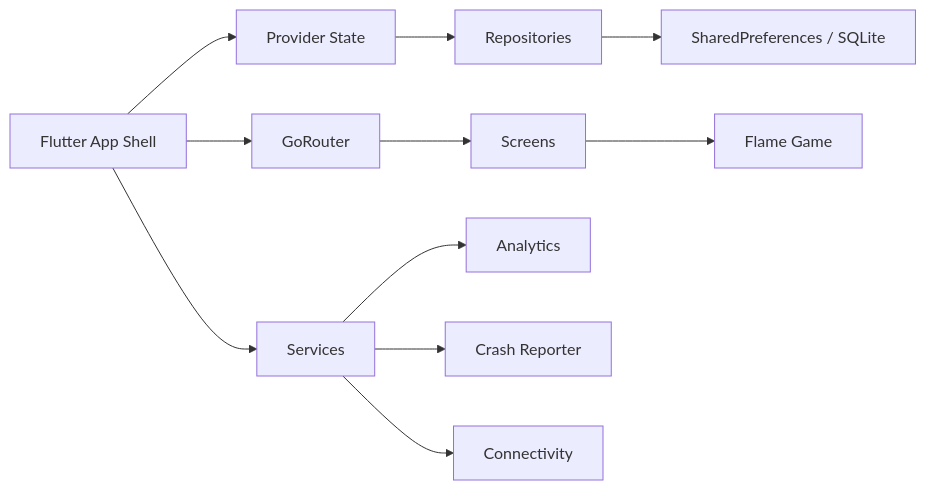
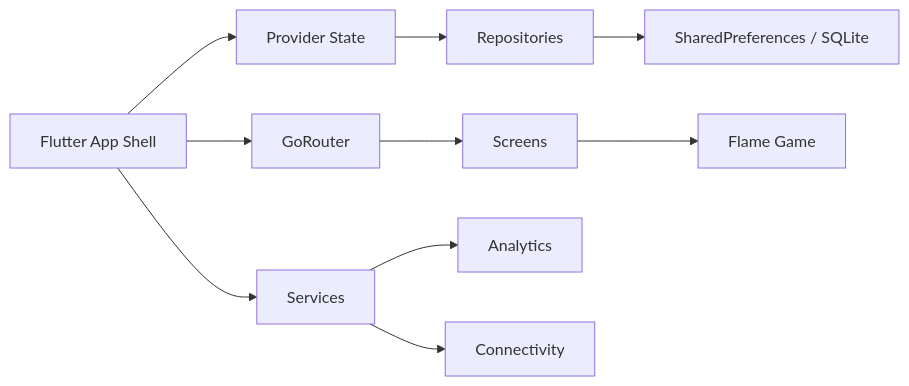
Before and after one commit to BugraKaanSaglam/game_for_cats_flutter: the diagram in README.md, drawn with Mermaid. The commit also changed other lines of this file and 24 other files, not shown here.

````diff
--- a/README.md
+++ b/README.md
@@ -35,13 +35,12 @@
 ```mermaid
 flowchart LR
     App[Flutter App Shell] --> State[Provider State]
     App --> Services[Services]
     App --> Routes[GoRouter]
     State --> Repos[Repositories]
     Repos --> Storage[SharedPreferences / SQLite]
     Routes --> Screens[Screens]
     Screens --> Flame[Flame Game]
     Services --> Analytics[Analytics]
-    Services --> Crash[Crash Reporter]
     Services --> Connectivity[Connectivity]
 ```
````
